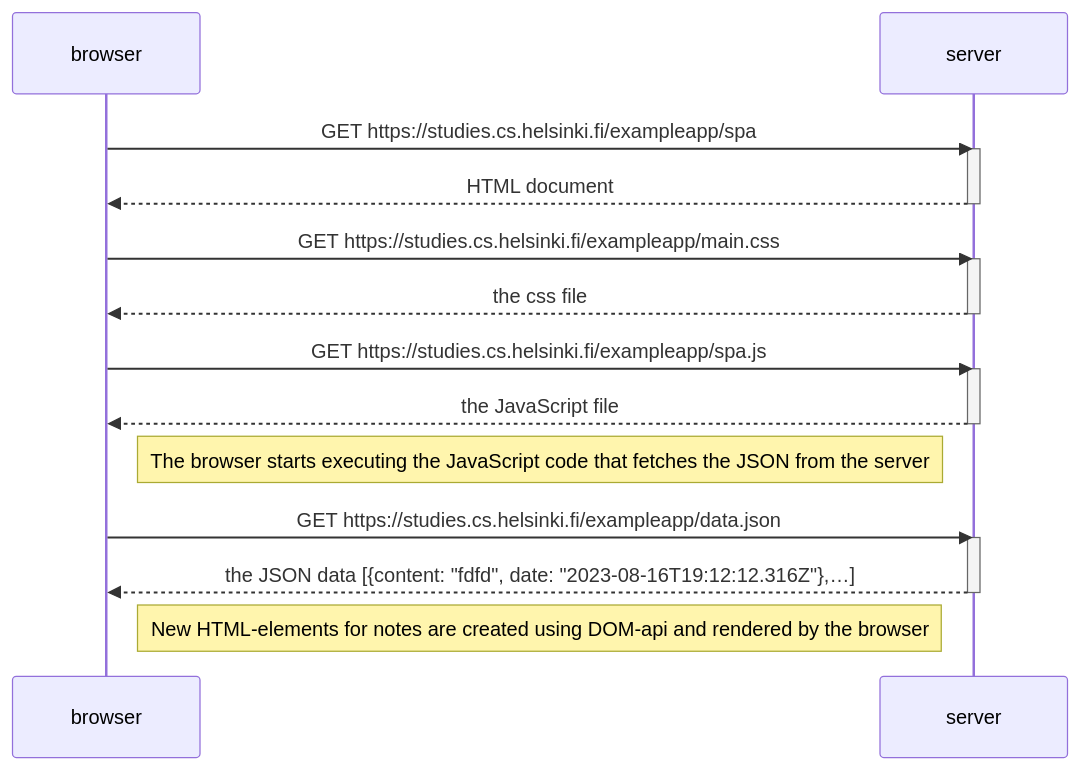
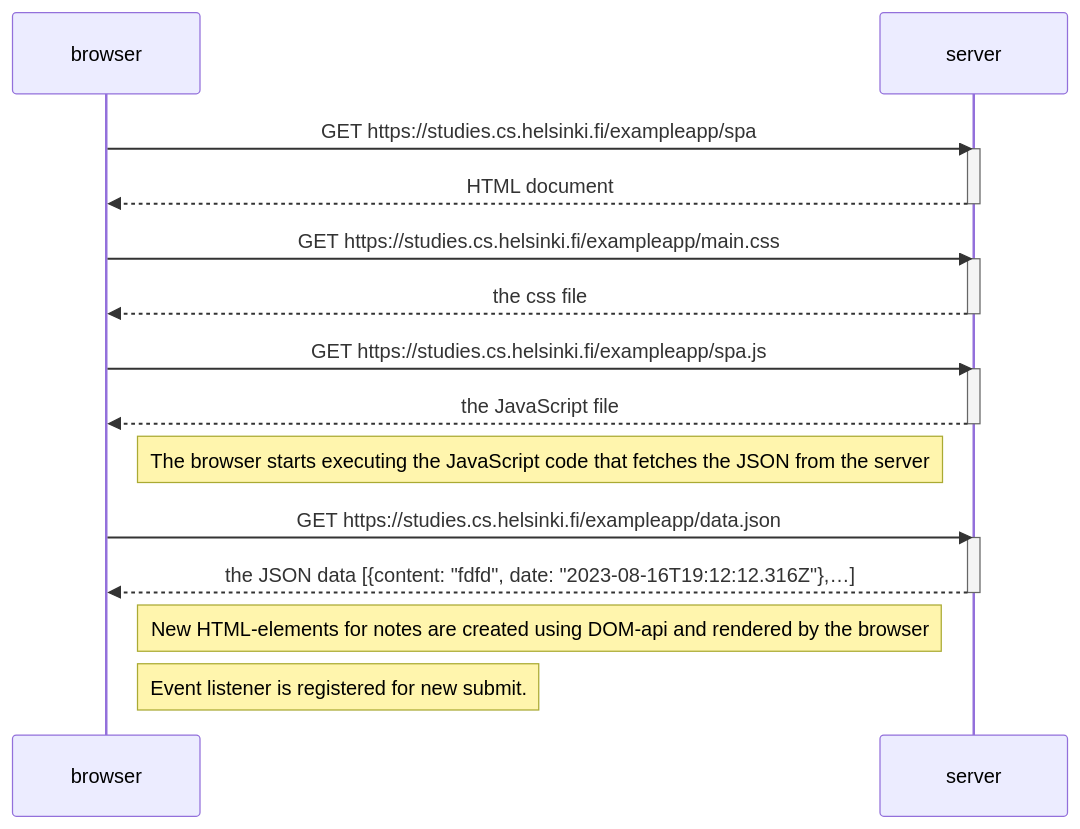
One commit to tojutaha/FullStackOpen changed the diagram in osa0/0.5_single_page_app.md. Above: the diagram before and after it, drawn with Mermaid. The commit also changed 1 other file, not shown here.

Commit message:
Osan 0, tehtävä 0.6

````diff
--- a/osa0/0.5_single_page_app.md
+++ b/osa0/0.5_single_page_app.md
@@ -1,30 +1,32 @@
 ```mermaid
 sequenceDiagram
     participant browser
     participant server
 
     browser->>server: GET https://studies.cs.helsinki.fi/exampleapp/spa
     activate server
     server-->>browser: HTML document
     deactivate server
 
     browser->>server: GET https://studies.cs.helsinki.fi/exampleapp/main.css
     activate server
     server-->>browser: the css file
     deactivate server
 
     browser->>server: GET https://studies.cs.helsinki.fi/exampleapp/spa.js
     activate server
     server-->>browser: the JavaScript file
     deactivate server
 
     Note right of browser: The browser starts executing the JavaScript code that fetches the JSON from the server
 
     browser->>server: GET https://studies.cs.helsinki.fi/exampleapp/data.json
     activate server
     server-->>browser: the JSON data [{content: "fdfd", date: "2023-08-16T19:12:12.316Z"},…]
     deactivate server
 
     Note right of browser: New HTML-elements for notes are created using DOM-api and rendered by the browser
 
+    Note right of browser: Event listener is registered for new submit.
+
 ```
````
